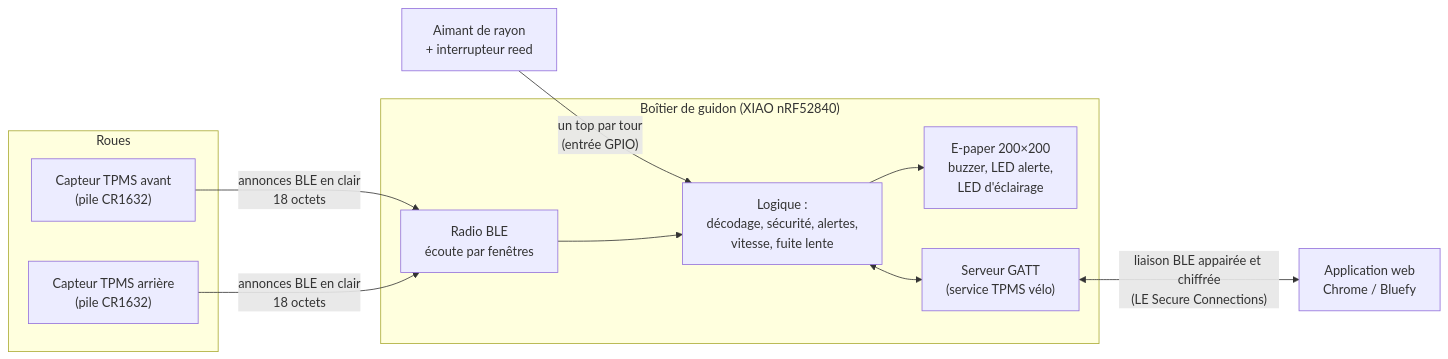
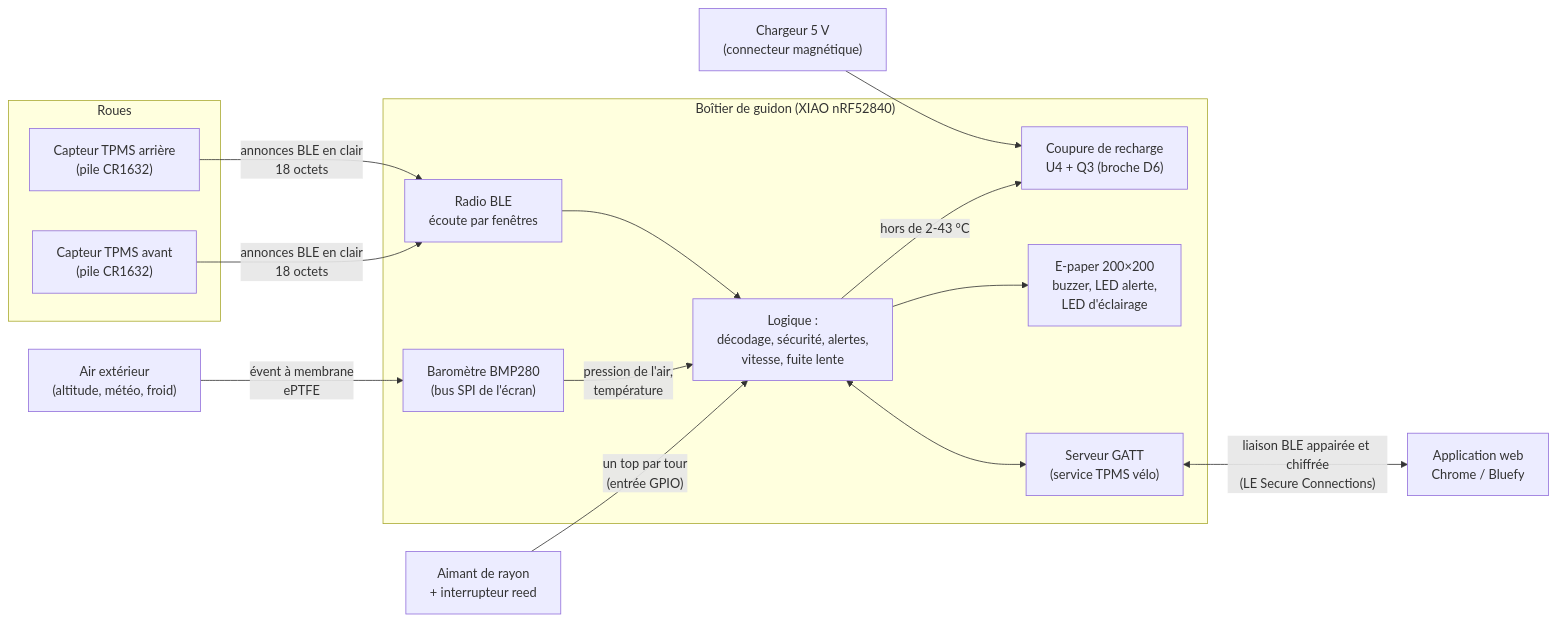
The first of 2 diagrams in docs/architecture.md (titilyonnais/tpms-velo), drawn with Mermaid before and after one commit. The commit also changed other lines of this file and 17 other files, not shown here.

````diff
--- a/docs/architecture.md
+++ b/docs/architecture.md
@@ -21,25 +21,33 @@
 ```mermaid
 flowchart LR
     subgraph Roues
         CAV["Capteur TPMS avant<br/>(pile CR1632)"]
         CAR["Capteur TPMS arrière<br/>(pile CR1632)"]
     end
     REED["Aimant de rayon<br/>+ interrupteur reed"]
+    AIR["Air extérieur<br/>(altitude, météo, froid)"]
+    CHARGEUR["Chargeur 5 V<br/>(connecteur magnétique)"]
 
     subgraph Boitier["Boîtier de guidon (XIAO nRF52840)"]
+        BARO["Baromètre BMP280<br/>(bus SPI de l'écran)"]
+        COUPURE["Coupure de recharge<br/>U4 + Q3 (broche D6)"]
         RADIO["Radio BLE<br/>écoute par fenêtres"]
         LOGIQUE["Logique :<br/>décodage, sécurité, alertes,<br/>vitesse, fuite lente"]
         SORTIES["E-paper 200×200<br/>buzzer, LED alerte,<br/>LED d'éclairage"]
         GATT["Serveur GATT<br/>(service TPMS vélo)"]
     end
 
     APP["Application web<br/>Chrome / Bluefy"]
 
     CAV -- "annonces BLE en clair<br/>18 octets" --> RADIO
     CAR -- "annonces BLE en clair<br/>18 octets" --> RADIO
     REED -- "un top par tour<br/>(entrée GPIO)" --> LOGIQUE
+    AIR -- "évent à membrane<br/>ePTFE" --> BARO
+    BARO -- "pression de l'air,<br/>température" --> LOGIQUE
+    LOGIQUE -- "hors de 2-43 °C" --> COUPURE
+    CHARGEUR --> COUPURE
     RADIO --> LOGIQUE
     LOGIQUE --> SORTIES
     LOGIQUE <--> GATT
     GATT <-- "liaison BLE appairée et chiffrée<br/>(LE Secure Connections)" --> APP
 ```
````
